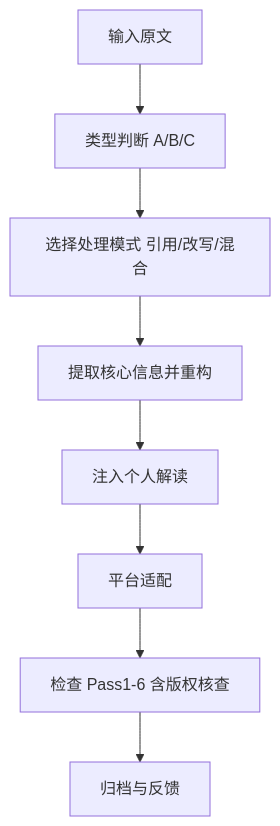
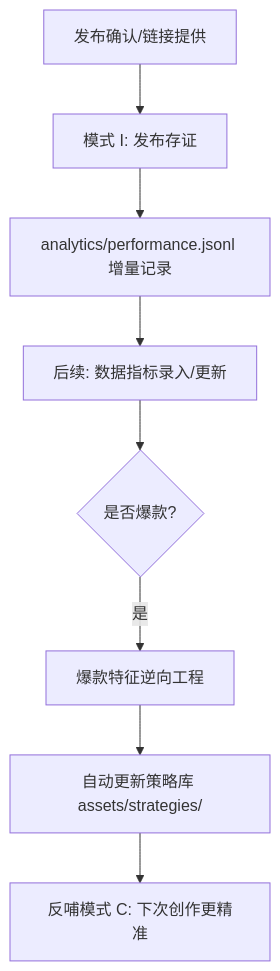
One commit to xhanzo-coder/creator-digital-twin-skill changed the ninth of 9 diagrams in README.md. Above: the diagram before and after it, drawn with Mermaid. The commit also changed other lines of this file and 2 other files, not shown here.

````diff
--- a/README.md
+++ b/README.md
@@ -218,10 +221,10 @@
 ```mermaid
 flowchart TD
-    H1[输入原文] --> H2[类型判断 A/B/C]
-    H2 --> H3[选择处理模式 引用/改写/混合]
-    H3 --> H4[提取核心信息并重构]
-    H4 --> H5[注入个人解读]
-    H5 --> H6[平台适配]
-    H6 --> H7[检查 Pass1-6 含版权核查]
-    H7 --> H8[归档与反馈]
+    I1[发布确认/链接提供] --> I2[模式 I: 发布存证]
+    I2 --> I3[analytics/performance.jsonl 增量记录]
+    I3 --> I4[后续: 数据指标录入/更新]
+    I4 --> I5{是否爆款?}
+    I5 -- 是 --> I6[爆款特征逆向工程]
+    I6 --> I7[自动更新策略库 assets/strategies/]
+    I7 --> I8[反哺模式 C: 下次创作更精准]
 ```
````
